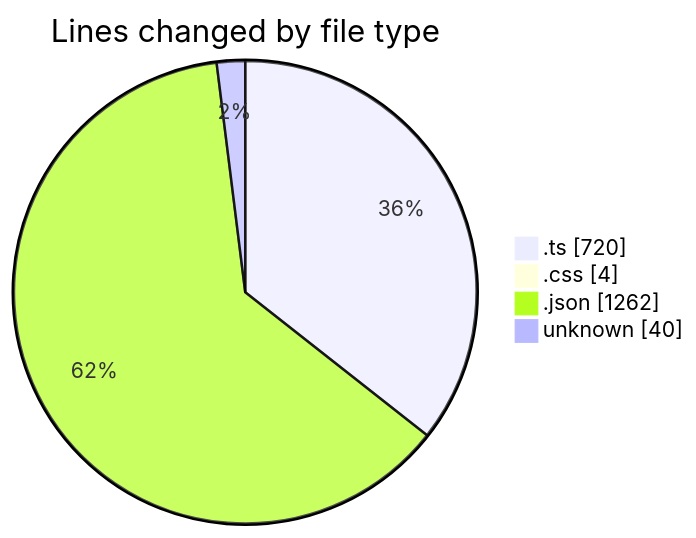
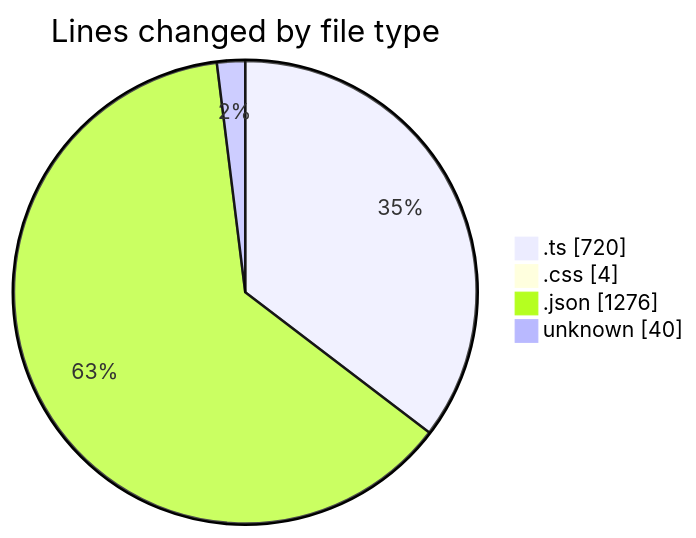
Before and after one commit to EIIisD/code-tracking: the first of 2 diagrams in 2025-07-13/tampermonkey/README.md, drawn with Mermaid. The commit also changed other lines of this file and 1 other file, not shown here.

````diff
--- a/2025-07-13/tampermonkey/README.md
+++ b/2025-07-13/tampermonkey/README.md
@@ -33,8 +33,8 @@
 ```mermaid
 pie showData
 title Lines changed by file type
 ".ts" : 720
 ".css" : 4
-".json" : 1262
+".json" : 1276
 "unknown" : 40
 ```
````
